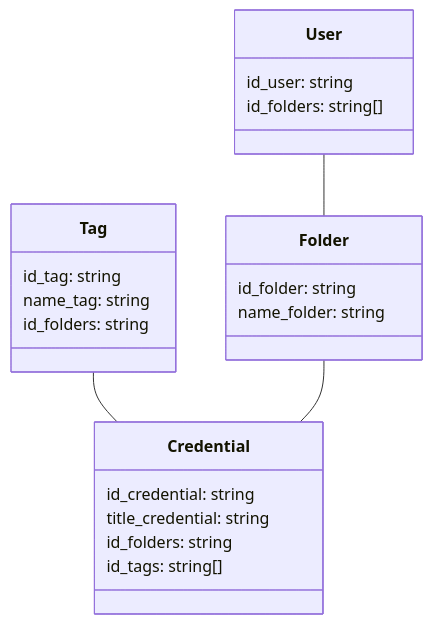
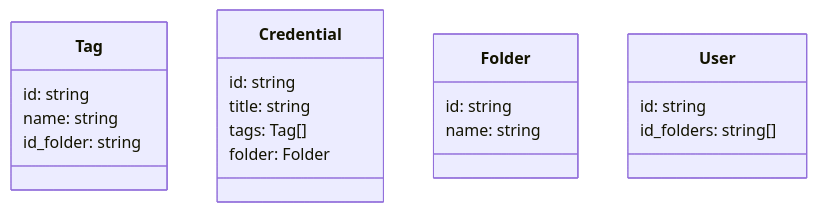
One commit to DO-2K23-26/polypass-archi-technique changed the diagram in src/drafts/data-structure.adoc. Above: the diagram before and after it, drawn with Mermaid.

Commit message:
refactor(drafts): simplify data structure schema for clarity and consistency

```diff
--- a/src/drafts/data-structure.adoc
+++ b/src/drafts/data-structure.adoc
@@ -8,26 +8,23 @@
 [mermaid, data-structure, png]
 ----
 classDiagram
     class Tag {
-        id_tag: string
-        name_tag: string
-        id_folders: string
+        id: string
+        name: string
+        id_folder: string
     }
     class Credential {
-        id_credential: string
-        title_credential: string
-        id_folders: string
-        id_tags: string[]
+        id: string
+        title: string
+        tags: Tag[]
+        folder: Folder
     }
     class Folder {
-        id_folder: string
-        name_folder: string
+        id: string
+        name: string
     }
     class User {
-        id_user: string
+        id: string
         id_folders: string[]
     }
-    Tag -- Credential
-    Folder -- Credential
-    User -- Folder
 ----
```
